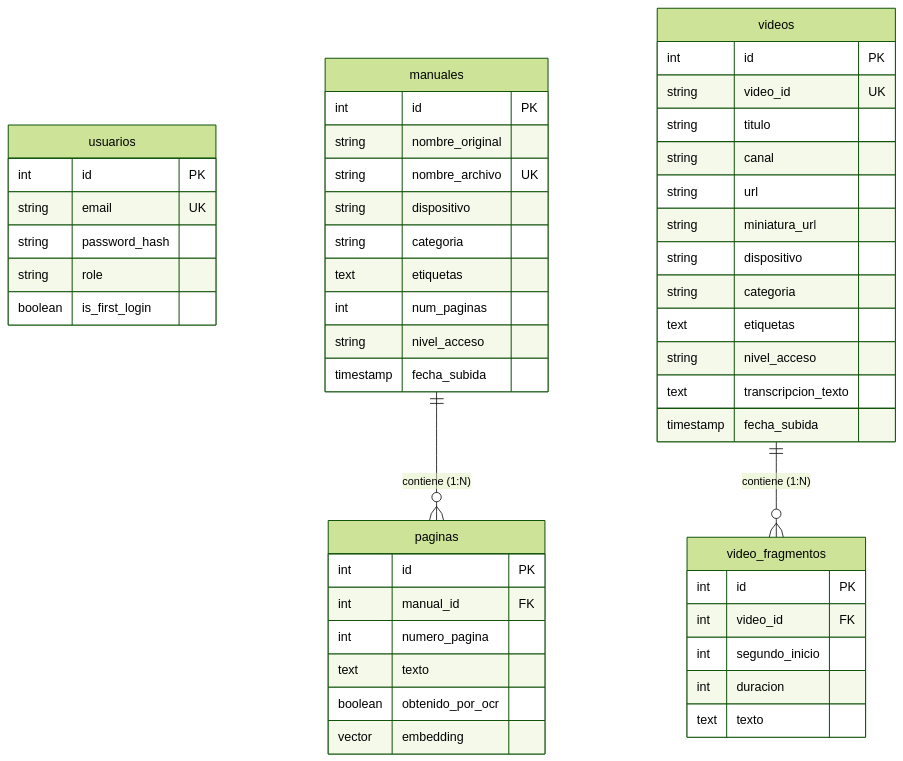
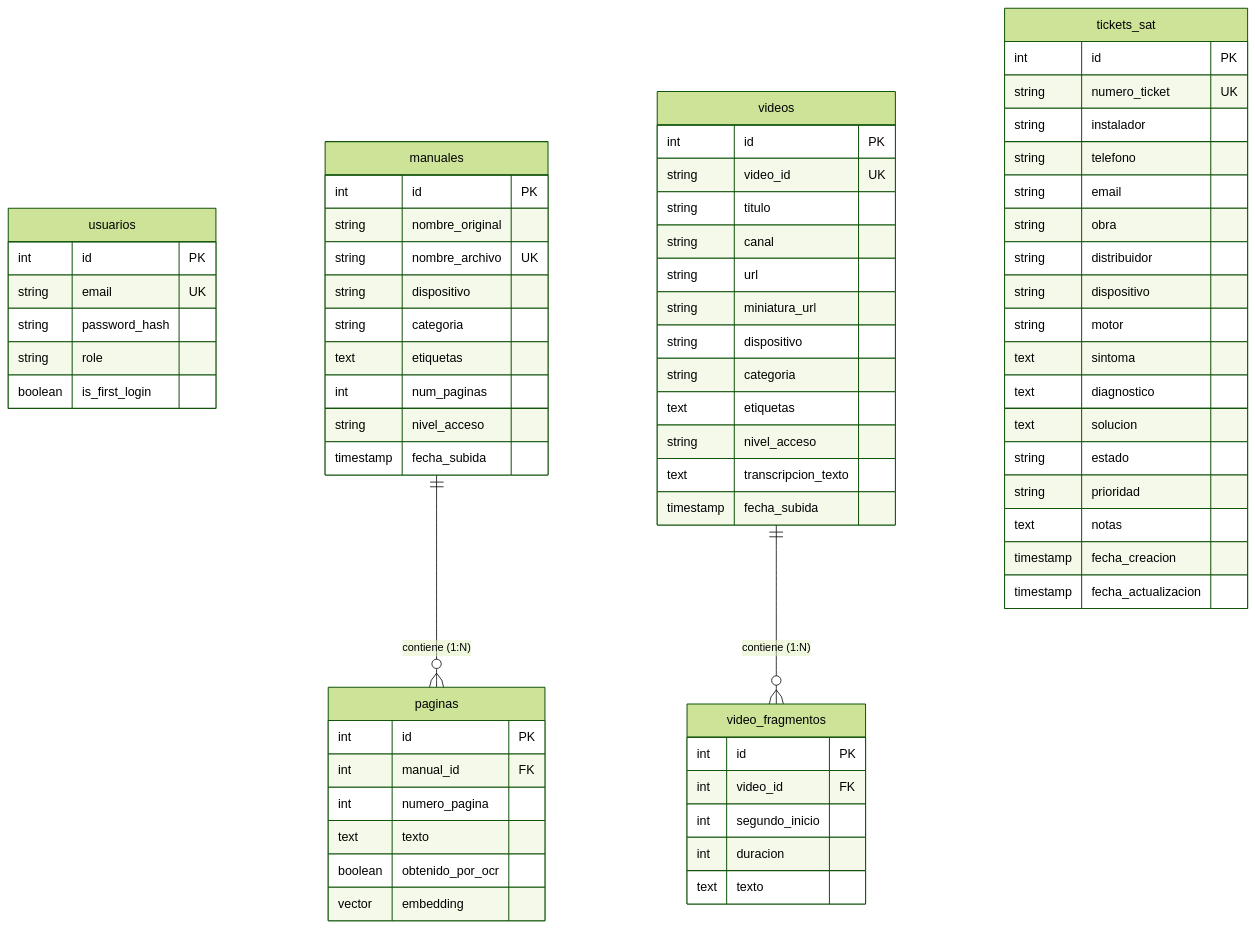
Before and after one commit to davidiotfenster-dev/buscador-manuales: the second of 2 diagrams in DOCUMENTACION_SISTEMA.md, drawn with Mermaid (forest theme). The commit also changed other lines of this file and 1 other file, not shown here.

Commit message:
docs: actualizar DOCUMENTACION_SISTEMA.md y README.md con el módulo de Asistencia SAT en 4 bloques, CRM y esquemas 230V

````diff
--- a/DOCUMENTACION_SISTEMA.md
+++ b/DOCUMENTACION_SISTEMA.md
@@ -239,57 +317,77 @@
 ```mermaid
 erDiagram
     usuarios {
         int id PK
         string email UK
         string password_hash
         string role
         boolean is_first_login
     }
 
     manuales {
         int id PK
         string nombre_original
         string nombre_archivo UK
         string dispositivo
         string categoria
         text etiquetas
         int num_paginas
         string nivel_acceso
         timestamp fecha_subida
     }
 
     paginas {
         int id PK
         int manual_id FK
         int numero_pagina
         text texto
         boolean obtenido_por_ocr
         vector embedding
     }
 
     videos {
         int id PK
         string video_id UK
         string titulo
         string canal
         string url
         string miniatura_url
         string dispositivo
         string categoria
         text etiquetas
         string nivel_acceso
         text transcripcion_texto
         timestamp fecha_subida
     }
 
     video_fragmentos {
         int id PK
         int video_id FK
         int segundo_inicio
         int duracion
         text texto
     }
 
+    tickets_sat {
+        int id PK
+        string numero_ticket UK
+        string instalador
+        string telefono
+        string email
+        string obra
+        string distribuidor
+        string dispositivo
+        string motor
+        text sintoma
+        text diagnostico
+        text solucion
+        string estado
+        string prioridad
+        text notas
+        timestamp fecha_creacion
+        timestamp fecha_actualizacion
+    }
+
     manuales ||--o{ paginas : "contiene (1:N)"
     videos ||--o{ video_fragmentos : "contiene (1:N)"
 ```
````
